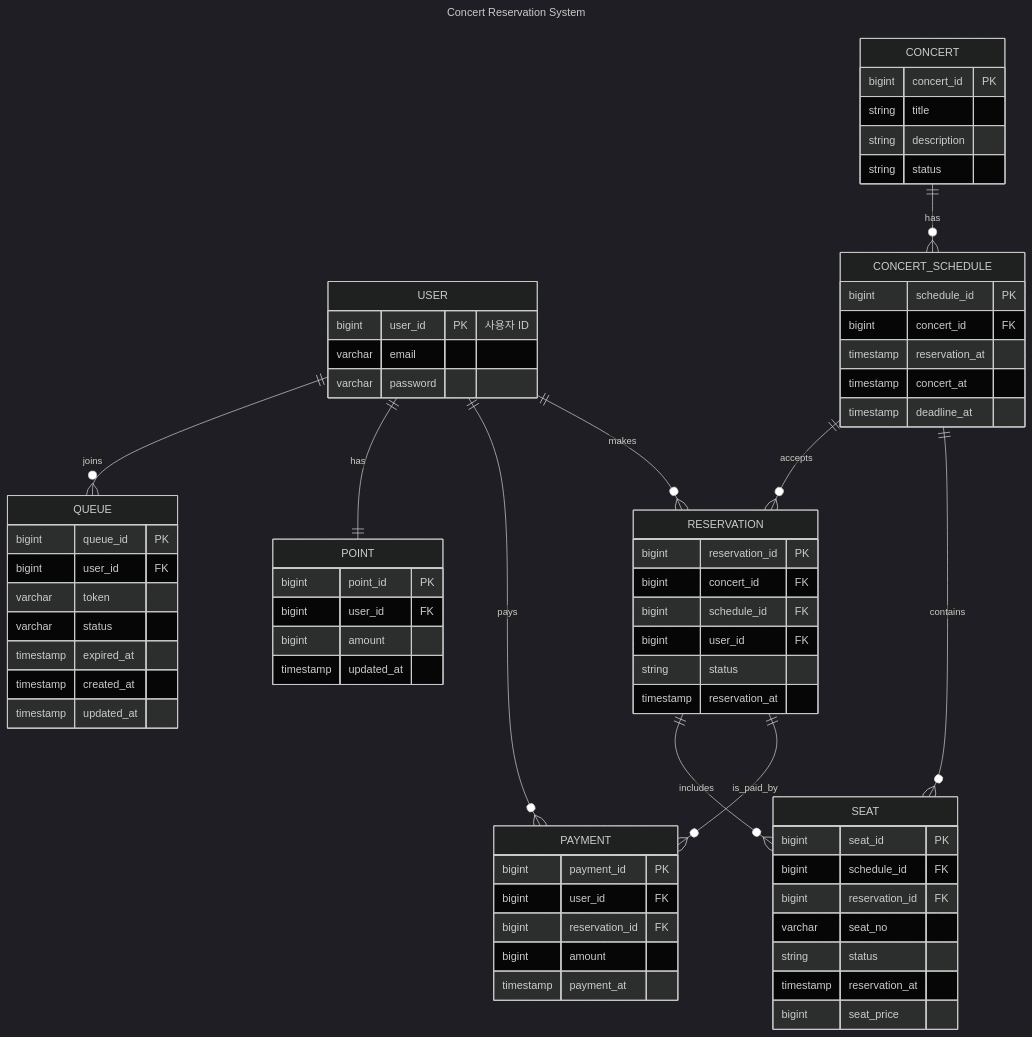
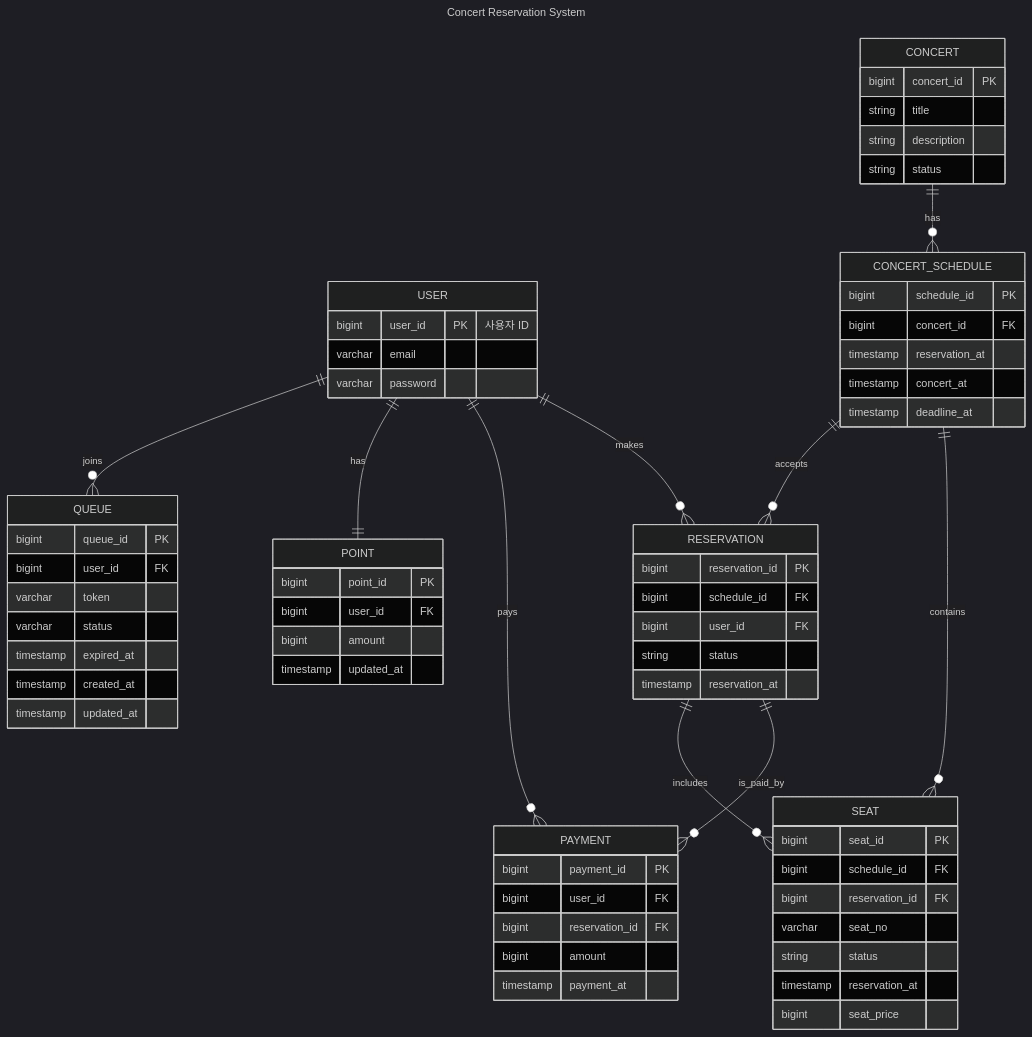
One commit to Kook-s/Concert changed the diagram in doc/ERD.md. Above: the diagram before and after it, drawn with Mermaid (dark theme). The commit also changed 15 other files, not shown here.

```diff
--- a/doc/ERD.md
+++ b/doc/ERD.md
@@ -38,7 +38,6 @@
 
     RESERVATION {
         bigint reservation_id PK
-        bigint concert_id FK
         bigint schedule_id FK
         bigint user_id FK
         string status
```
